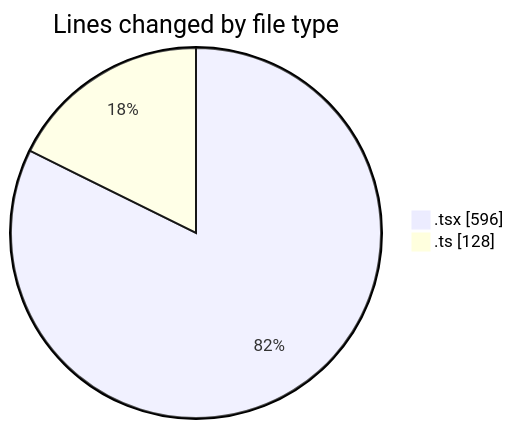
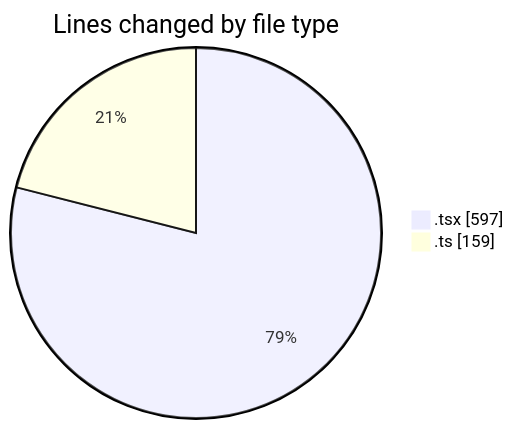
One commit to nxtqubesakshisongat/code-tracking changed the first of 2 diagrams in 2026-04-20/airfeed-analytics-dashboard/README.md. Above: the diagram before and after it, drawn with Mermaid. The commit also changed other lines of this file and 1 other file, not shown here.

````diff
--- a/2026-04-20/airfeed-analytics-dashboard/README.md
+++ b/2026-04-20/airfeed-analytics-dashboard/README.md
@@ -23,6 +24,6 @@
 ```mermaid
 pie showData
 title Lines changed by file type
-".tsx" : 596
-".ts" : 128
+".tsx" : 597
+".ts" : 159
 ```
````
